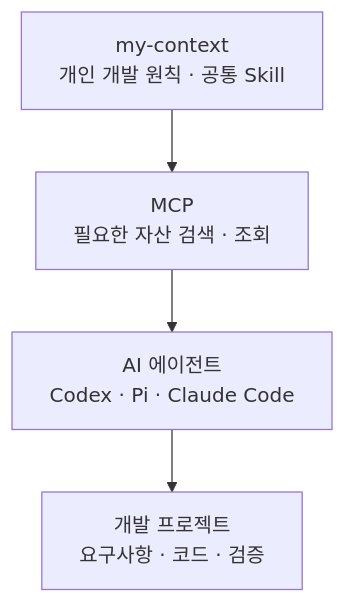
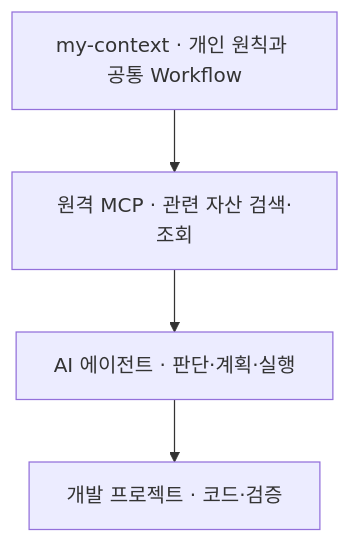
Before and after one commit to SEONGMINY/my-context: the diagram in README.md, drawn with Mermaid. The commit also changed other lines of this file and 24 other files, not shown here.

````diff
--- a/README.md
+++ b/README.md
@@ -7,8 +7,8 @@
 ```mermaid
 flowchart TB
-    A["my-context<br/>개인 개발 원칙 · 공통 Skill"]
-    B["MCP<br/>필요한 자산 검색 · 조회"]
-    C["AI 에이전트<br/>Codex · Pi · Claude Code"]
-    D["개발 프로젝트<br/>요구사항 · 코드 · 검증"]
+    A["my-context · 개인 원칙과 공통 Workflow"]
+    B["원격 MCP · 관련 자산 검색·조회"]
+    C["AI 에이전트 · 판단·계획·실행"]
+    D["개발 프로젝트 · 코드·검증"]
     A --> B --> C --> D
 ```
````
